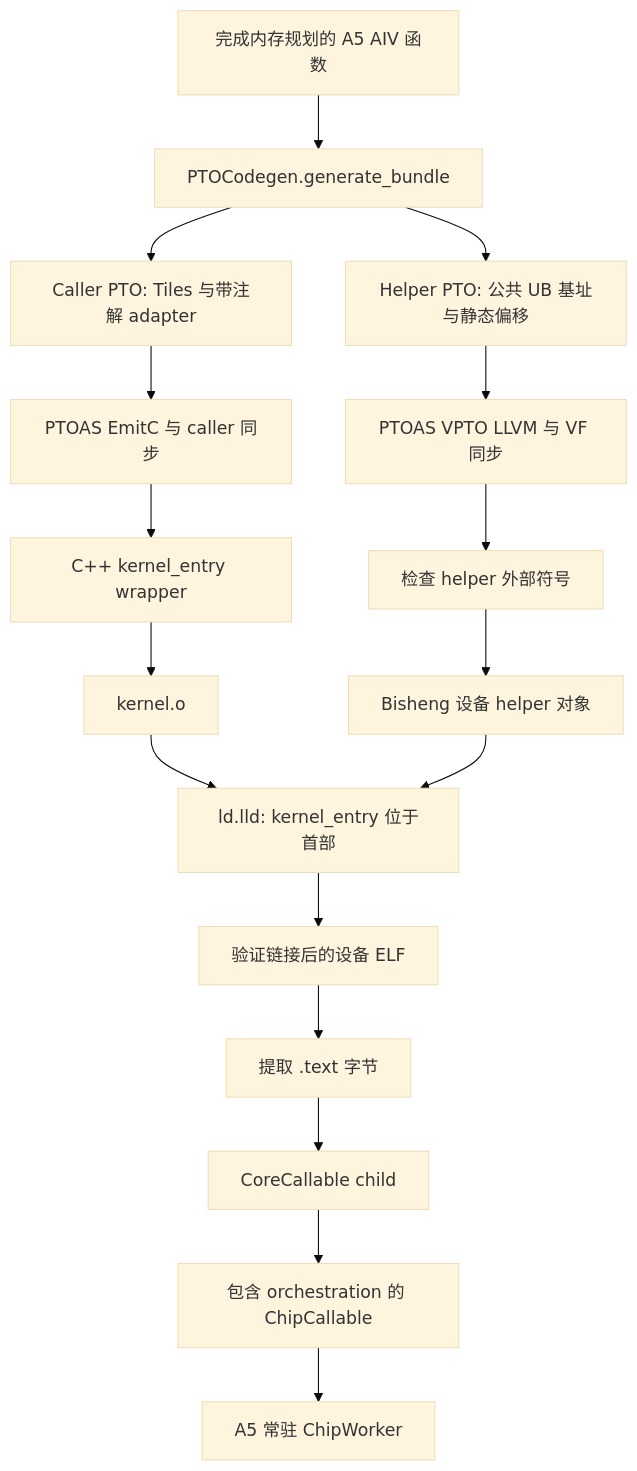
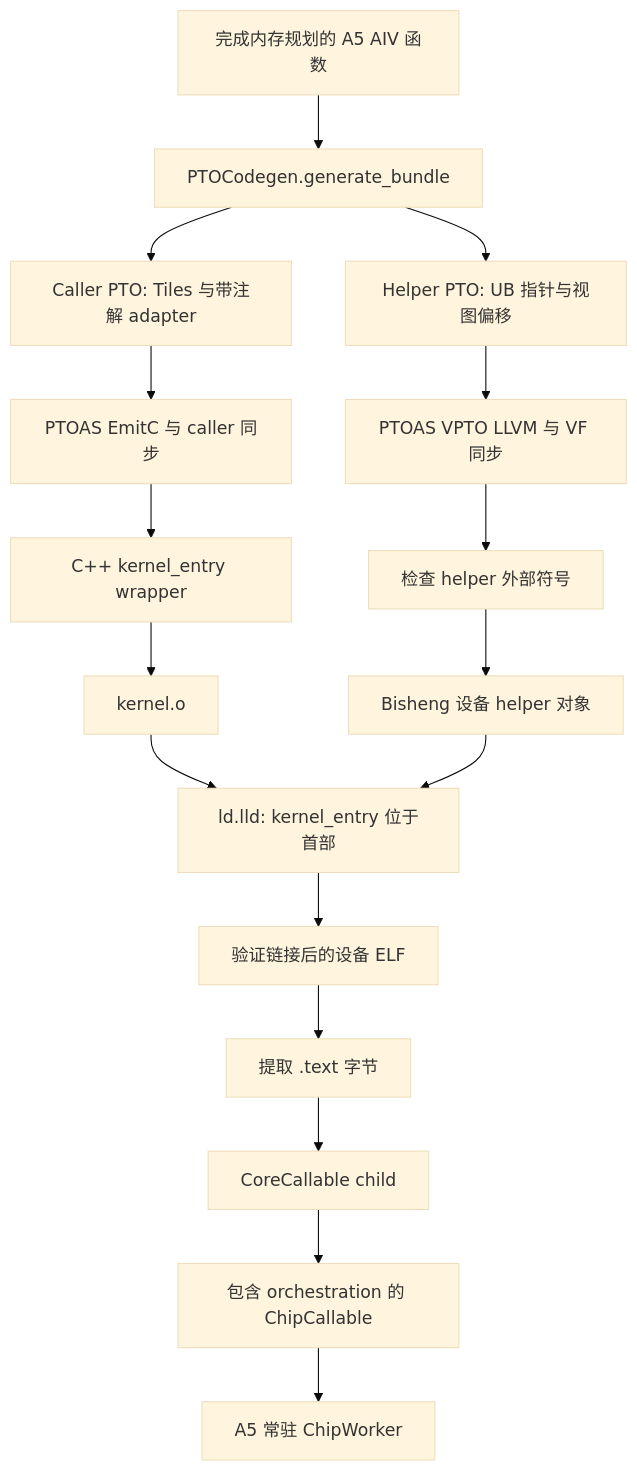
The diagram in docs/zh/dev/codegen/03-vpto-vf-integration.md (hw-native-sys/pypto), drawn with Mermaid (base theme) before and after one commit. The commit also changed other lines of this file and 17 other files, not shown here.

````diff
--- a/docs/zh/dev/codegen/03-vpto-vf-integration.md
+++ b/docs/zh/dev/codegen/03-vpto-vf-integration.md
@@ -13,19 +13,19 @@
 ```mermaid
 flowchart TD
   IR[完成内存规划的 A5 AIV 函数] --> Bundle[PTOCodegen.generate_bundle]
   Bundle --> Caller[Caller PTO: Tiles 与带注解 adapter]
-  Bundle --> Helper[Helper PTO: 公共 UB 基址与静态偏移]
+  Bundle --> Helper[Helper PTO: UB 指针与视图偏移]
   Caller --> EmitC[PTOAS EmitC 与 caller 同步]
   EmitC --> Wrapper[C++ kernel_entry wrapper]
   Wrapper --> CallerObj[kernel.o]
   Helper --> LLVM[PTOAS VPTO LLVM 与 VF 同步]
   LLVM --> Symbols[检查 helper 外部符号]
   Symbols --> HelperObj[Bisheng 设备 helper 对象]
   CallerObj --> Link[ld.lld: kernel_entry 位于首部]
   HelperObj --> Link
   Link --> ELF[验证链接后的设备 ELF]
   ELF --> Text[提取 .text 字节]
   Text --> Core[CoreCallable child]
   Core --> Chip[包含 orchestration 的 ChipCallable]
   Chip --> Worker[A5 常驻 ChipWorker]
 ```
````
